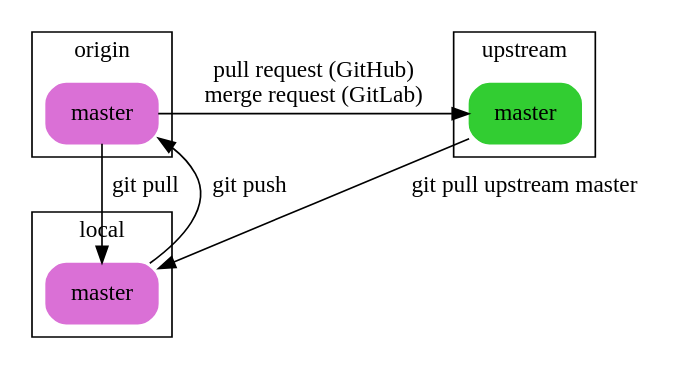
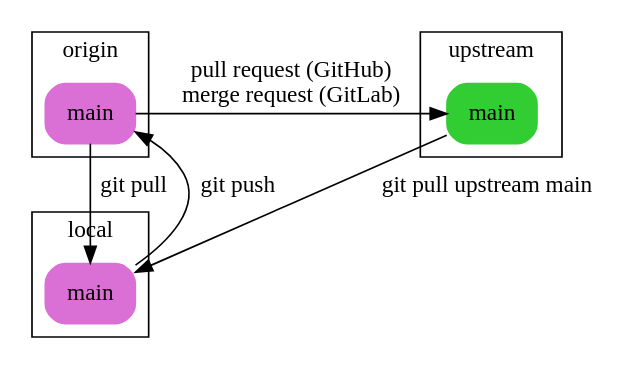
The diagram in git-remote-contributor.dot (idiv-biodiversity/git-cheat-sheet), drawn with Graphviz before and after one commit. The commit also changed 4 other files, not shown here.

Commit message:
renames master to main in all dot files

```diff
--- a/git-remote-contributor.dot
+++ b/git-remote-contributor.dot
@@ -1,32 +1,32 @@
 digraph {
     node [shape = "box", style = "filled, rounded"]
 
     subgraph clusterorigin {
         label = "origin"
 
         node [color = orchid]
 
-        omaster[label = "master"]
+        omain[label = "main"]
     }
 
     subgraph clusterlocal {
         label = "local"
 
         node [color = orchid]
 
-        master[label = "master"]
+        main[label = "main"]
     }
 
     subgraph clusterupstream {
         label = "upstream"
 
         node [color = limegreen]
 
-        umaster[label = "master"]
+        umain[label = "main"]
     }
 
-    omaster -> master [label = "git pull"]
-    master -> omaster [label = "git push", constraint = false]
-    umaster -> master [label = "git pull upstream master", constraint = false]
-    omaster -> umaster [label = "pull request (GitHub)\nmerge request (GitLab)", constraint = false]
+    omain -> main [label = "git pull"]
+    main -> omain [label = "git push", constraint = false]
+    umain -> main [label = "git pull upstream main", constraint = false]
+    omain -> umain [label = "pull request (GitHub)\nmerge request (GitLab)", constraint = false]
 }
```
